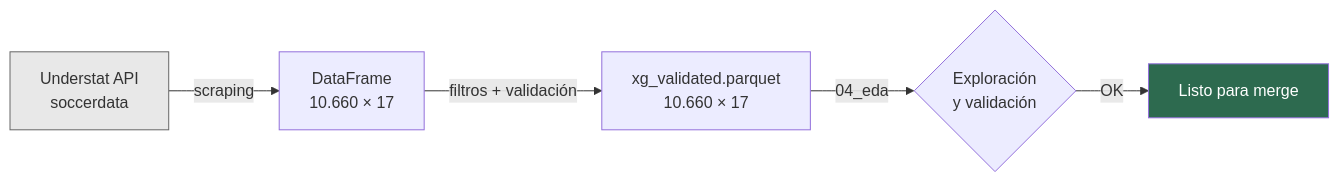
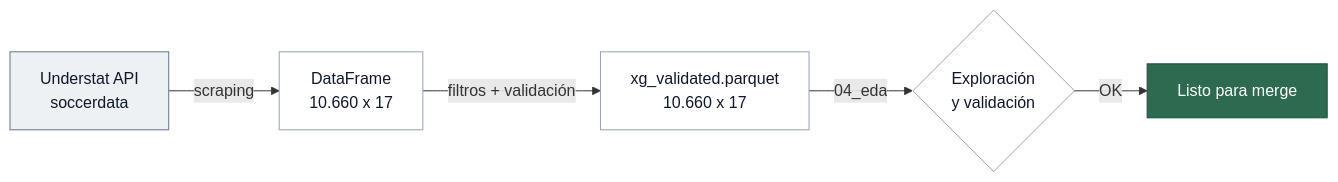
The diagram in docs/04_integracion_xg.md (jorgepais02/PitchLens), drawn with Mermaid before and after one commit. The commit also changed 8 other files, not shown here.

````diff
--- a/docs/04_integracion_xg.md
+++ b/docs/04_integracion_xg.md
@@ -32,10 +32,15 @@
 ```mermaid
 graph LR
-    A[Understat API\nsoccerdata] -->|scraping| B[DataFrame\n10.660 × 17]
-    B -->|filtros + validación| C[xg_validated.parquet\n10.660 × 17]
-    C -->|04_eda| D{Exploración\ny validación}
+    classDef src fill:#eef1f4,stroke:#64748b,color:#0f172a,stroke-width:1px
+    classDef step fill:#ffffff,stroke:#94a3b8,color:#0f172a,stroke-width:1px
+    classDef out fill:#2d6a4f,stroke:#1f4d39,color:#ffffff,stroke-width:1px
+
+    A[Understat API<br/>soccerdata] -->|scraping| B[DataFrame<br/>10.660 x 17]
+    B -->|filtros + validación| C[xg_validated.parquet<br/>10.660 x 17]
+    C -->|04_eda| D{Exploración<br/>y validación}
     D -->|OK| E[Listo para merge]
 
-    style A fill:#e8e8e8,stroke:#666
-    style E fill:#2d6a4f,color:#fff
+    class A src
+    class B,C,D step
+    class E out
 ```
````
